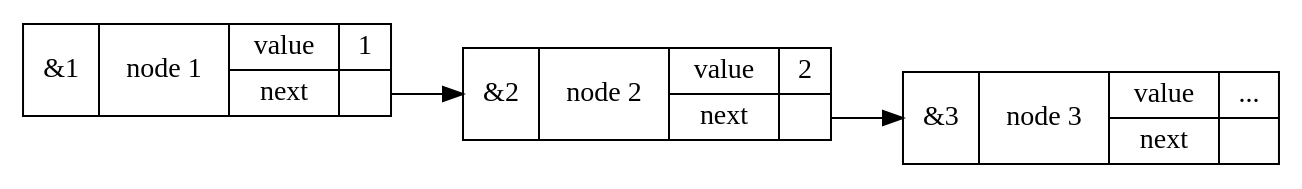
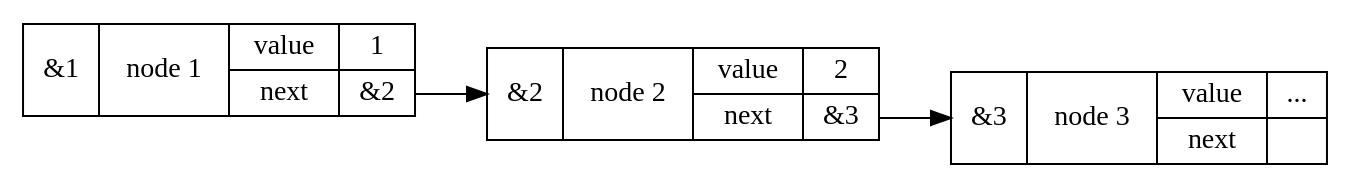
The first of 5 diagrams in Week1/2020q3.md (MingRuey/Guts_2020Fall), drawn with Graphviz before and after one commit. The commit also changed other lines of this file, not shown here.

````diff
--- a/Week1/2020q3.md
+++ b/Week1/2020q3.md
@@ -17,11 +17,11 @@
 ```graphviz
 digraph init{
     rankdir=LR;
     node [shape=record];
-    1 [label="{<address>&1|node 1|{value|next}|{1|<ref>}}"];
-    2 [label="{<address>&2|node 2|{value|next}|{2|<ref>}}"];
+    1 [label="{<address>&1|node 1|{value|next}|{1|<ref>&2}}"];
+    2 [label="{<address>&2|node 2|{value|next}|{2|<ref>&3}}"];
     3 [label="{<address>&3|node 3|{value|next}|{...|<ref>}}"];
     1:ref -> 2:address [color=black];
     2:ref -> 3:address [color=black];
 }
 ```
````
